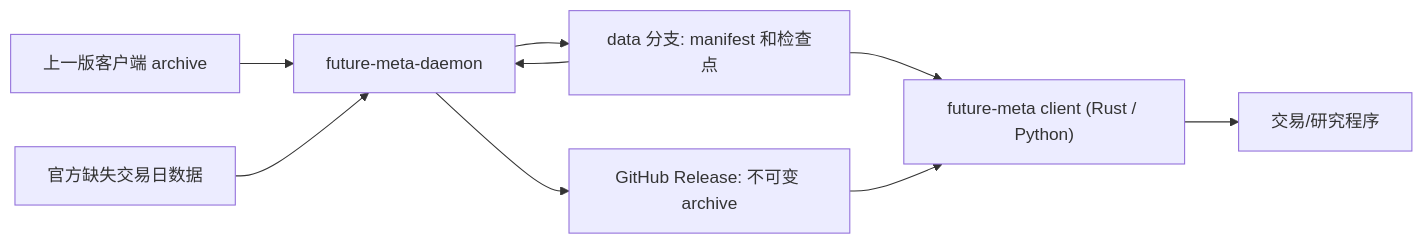
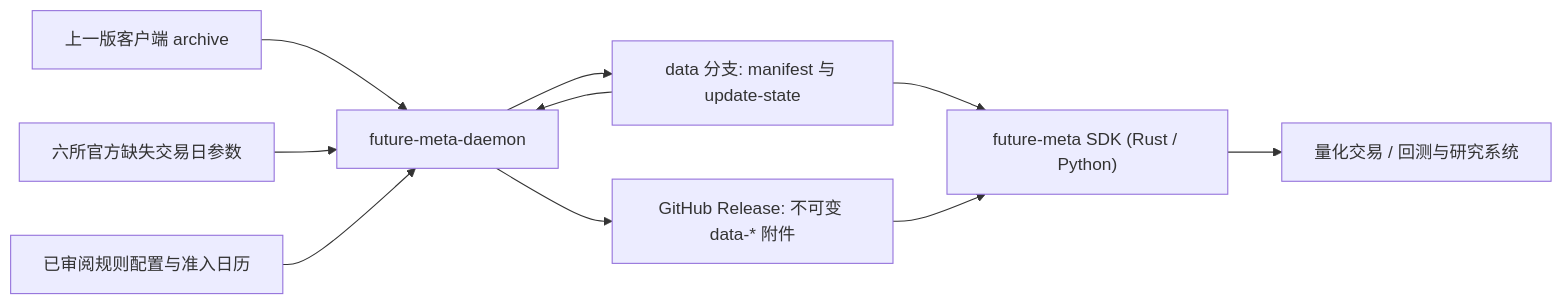
One commit to zynthium/future-meta changed the diagram in README.md. Above: the diagram before and after it, drawn with Mermaid. The commit also changed other lines of this file and 8 other files, not shown here.

````diff
--- a/README.md
+++ b/README.md
@@ -30,11 +235,12 @@
 ```mermaid
 flowchart LR
     archive[上一版客户端 archive] --> daemon[future-meta-daemon]
-    exchange[官方缺失交易日数据] --> daemon
-    state[data 分支: manifest 和检查点] --> daemon
-    daemon --> releases[GitHub Release: 不可变 archive]
+    exchange[六所官方缺失交易日参数] --> daemon
+    rules[已审阅规则配置与准入日历] --> daemon
+    state[data 分支: manifest 与 update-state] --> daemon
+    daemon --> releases[GitHub Release: 不可变 data-* 附件]
     daemon --> state
-    state --> client["future-meta client (Rust / Python)"]
+    state --> client["future-meta SDK (Rust / Python)"]
     releases --> client
-    client --> app[交易/研究程序]
+    client --> app[量化交易 / 回测与研究系统]
 ```
````
